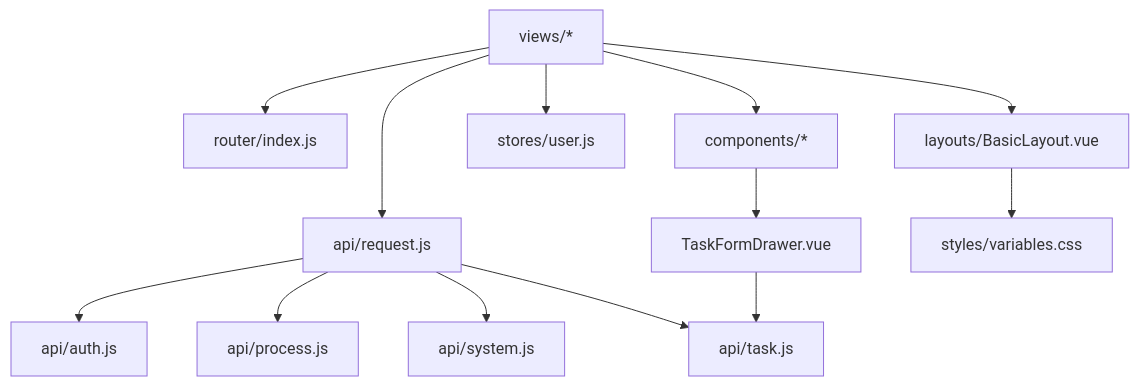
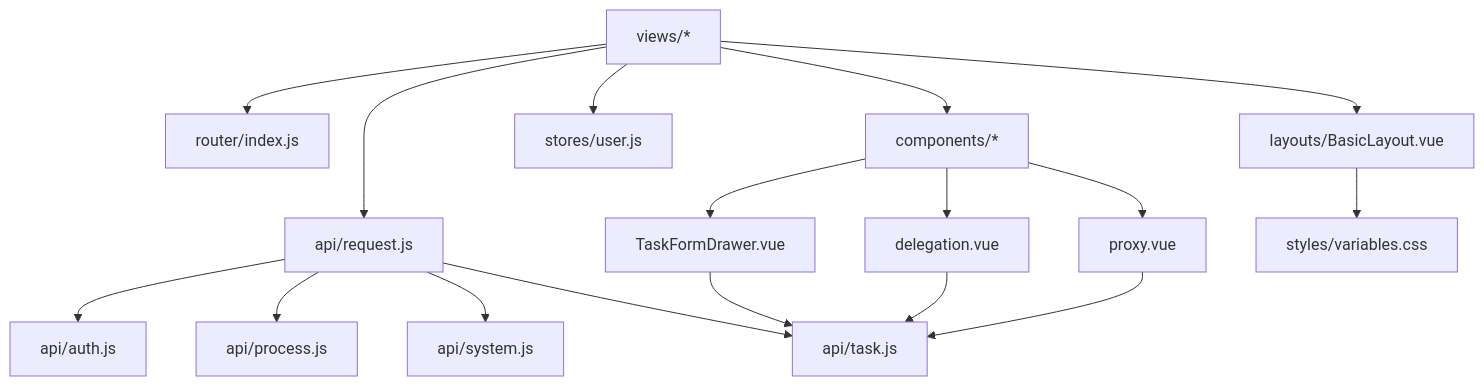
Diagram 13 of 13 in .qoder/repowiki/zh/content/用户界面设计/用户界面设计.md (liming-lihaini/workflow), drawn with Mermaid before and after one commit. The commit also changed other lines of this file and 27 other files, not shown here.

````diff
--- a/.qoder/repowiki/zh/content/用户界面设计/用户界面设计.md
+++ b/.qoder/repowiki/zh/content/用户界面设计/用户界面设计.md
@@ -597,15 +712,19 @@
 ```mermaid
 graph TB
 VIEWS["views/*"] --> ROUTER["router/index.js"]
 VIEWS --> LAYOUT["layouts/BasicLayout.vue"]
 VIEWS --> STORES["stores/user.js"]
 VIEWS --> API_REQ["api/request.js"]
 VIEWS --> COMPONENTS["components/*"]
 COMPONENTS --> TASK_DRAWER["TaskFormDrawer.vue"]
+COMPONENTS --> DELEGATION["delegation.vue"]
+COMPONENTS --> PROXY["proxy.vue"]
 API_REQ --> API_AUTH["api/auth.js"]
 API_REQ --> API_PROC["api/process.js"]
 API_REQ --> API_SYS["api/system.js"]
 API_REQ --> API_TASK["api/task.js"]
 LAYOUT --> THEME["styles/variables.css"]
 TASK_DRAWER --> API_TASK
+DELEGATION --> API_TASK
+PROXY --> API_TASK
 ```
````
